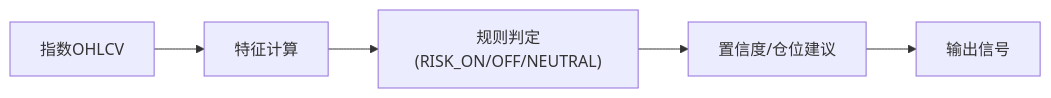
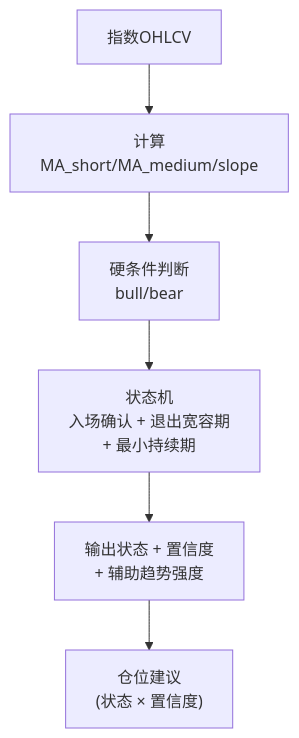
One commit to xiaoguangdong/Sage changed the diagram in docs/2.2 Sage股票智能交易平台趋势状态模块设计文档.md. Above: the diagram before and after it, drawn with Mermaid. The commit also changed other lines of this file and 3 other files, not shown here.

````diff
--- a/docs/2.2 Sage股票智能交易平台趋势状态模块设计文档.md
+++ b/docs/2.2 Sage股票智能交易平台趋势状态模块设计文档.md
@@ -80,7 +147,8 @@
 ```mermaid
-flowchart LR
-  A["指数OHLCV"] --> B["特征计算"]
-  B --> C["规则判定(RISK_ON/OFF/NEUTRAL)"]
-  C --> D["置信度/仓位建议"]
-  D --> E["输出信号"]
+flowchart TB
+  A["指数OHLCV"] --> B["计算MA_short/MA_medium/slope"]
+  B --> C["硬条件判断<br/>bull/bear"]
+  C --> D["状态机<br/>入场确认 + 退出宽容期<br/>+ 最小持续期"]
+  D --> E["输出状态 + 置信度<br/>+ 辅助趋势强度"]
+  E --> F["仓位建议<br/>(状态 × 置信度)"]
 ```
````
